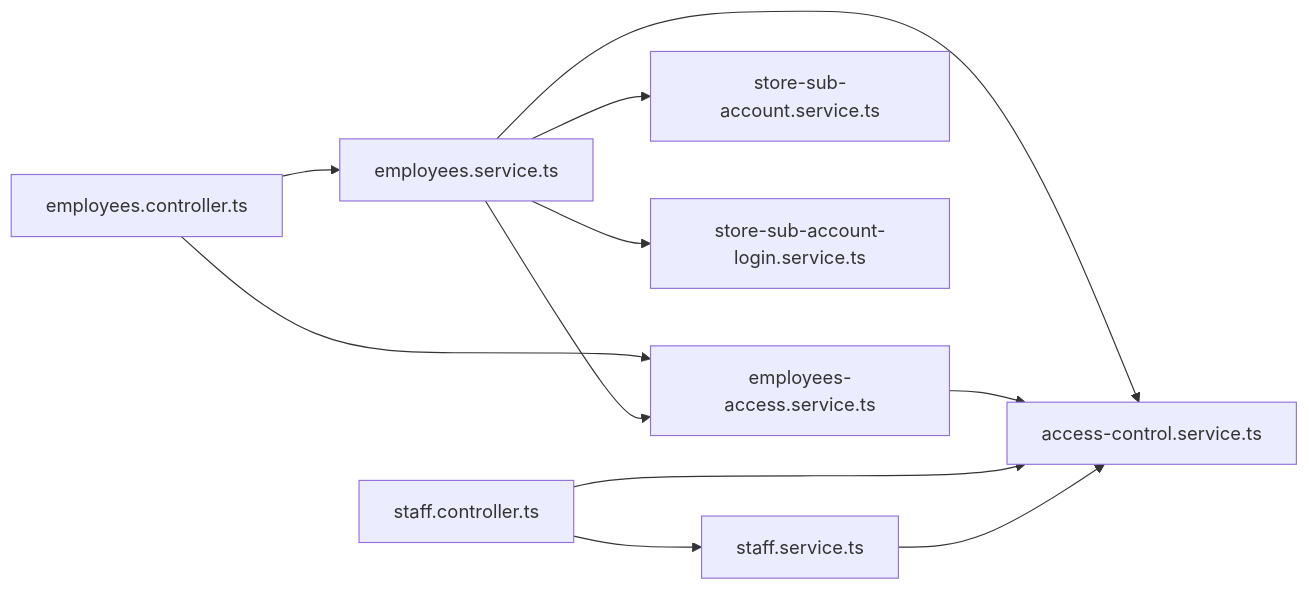
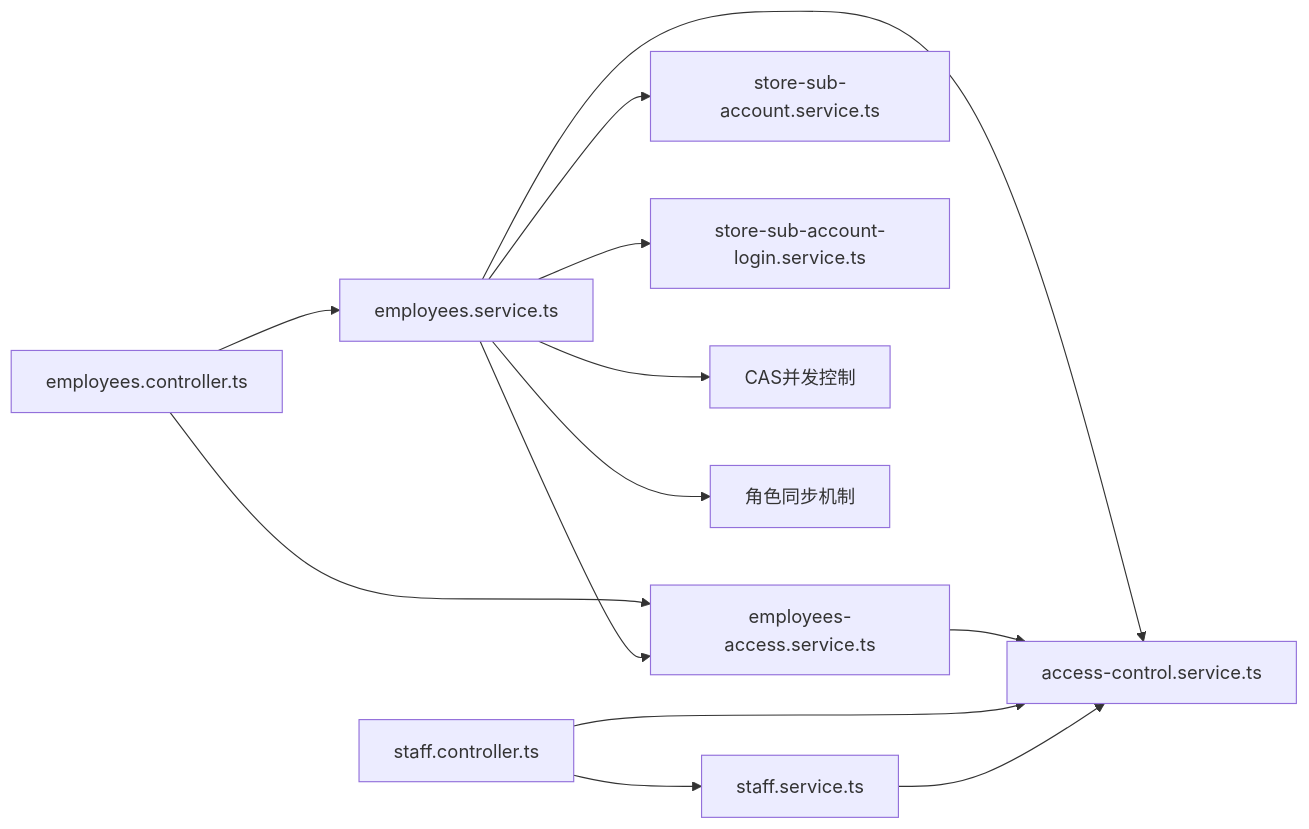
One commit to rc558620/purelyprofit-server changed the ninth of 9 diagrams in .qoder/repowiki/zh/content/业务模块/员工管理模块/员工管理模块.md. Above: the diagram before and after it, drawn with Mermaid. The commit also changed other lines of this file and 80 other files, not shown here.

````diff
--- a/.qoder/repowiki/zh/content/业务模块/员工管理模块/员工管理模块.md
+++ b/.qoder/repowiki/zh/content/业务模块/员工管理模块/员工管理模块.md
@@ -379,13 +417,15 @@
 ```mermaid
 graph LR
 EmpCtrl["employees.controller.ts"] --> EmpSvc["employees.service.ts"]
 EmpCtrl --> EmpAccess["employees-access.service.ts"]
 EmpSvc --> EmpAccess
 EmpSvc --> AC["access-control.service.ts"]
 EmpSvc --> SubAccountSvc["store-sub-account.service.ts"]
 EmpSvc --> SubAccountLogin["store-sub-account-login.service.ts"]
+EmpSvc --> CAS["CAS并发控制"]
+EmpSvc --> RoleSync["角色同步机制"]
 EmpAccess --> AC
 SeatCtrl["staff.controller.ts"] --> SeatSvc["staff.service.ts"]
 SeatCtrl --> AC
 SeatSvc --> AC
 ```
````
